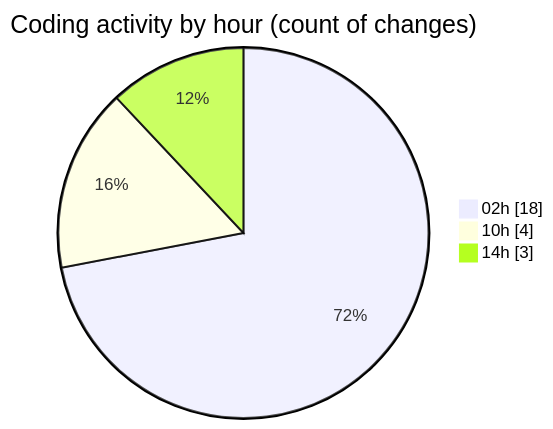
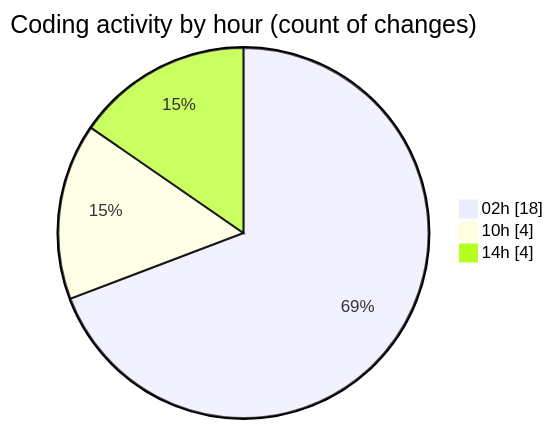
The second of 2 diagrams in 2025-10-15/eventscop-frontend-guide__workspace_/README.md (julien-gomy/code-tracking), drawn with Mermaid before and after one commit. The commit also changed other lines of this file and 1 other file, not shown here.

````diff
--- a/2025-10-15/eventscop-frontend-guide__workspace_/README.md
+++ b/2025-10-15/eventscop-frontend-guide__workspace_/README.md
@@ -35,7 +36,7 @@
 ```mermaid
 pie showData
 title Coding activity by hour (count of changes)
 "02h" : 18
 "10h" : 4
-"14h" : 3
+"14h" : 4
 ```
````
